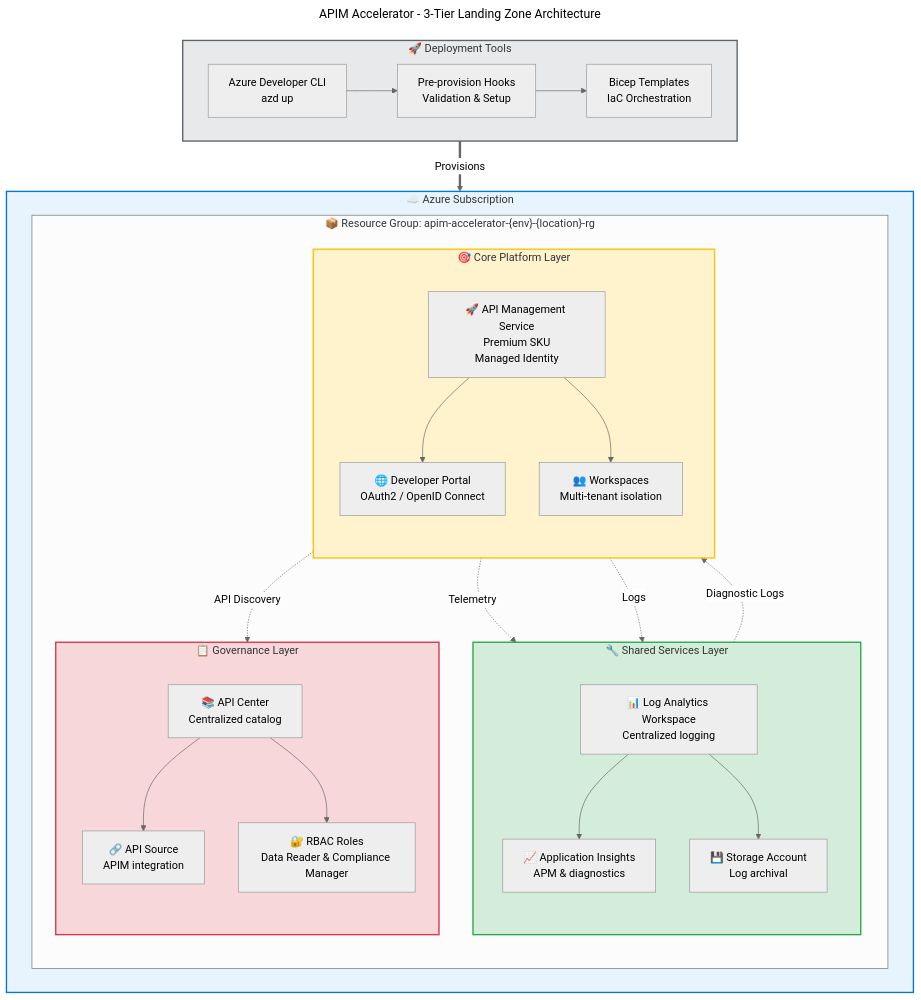
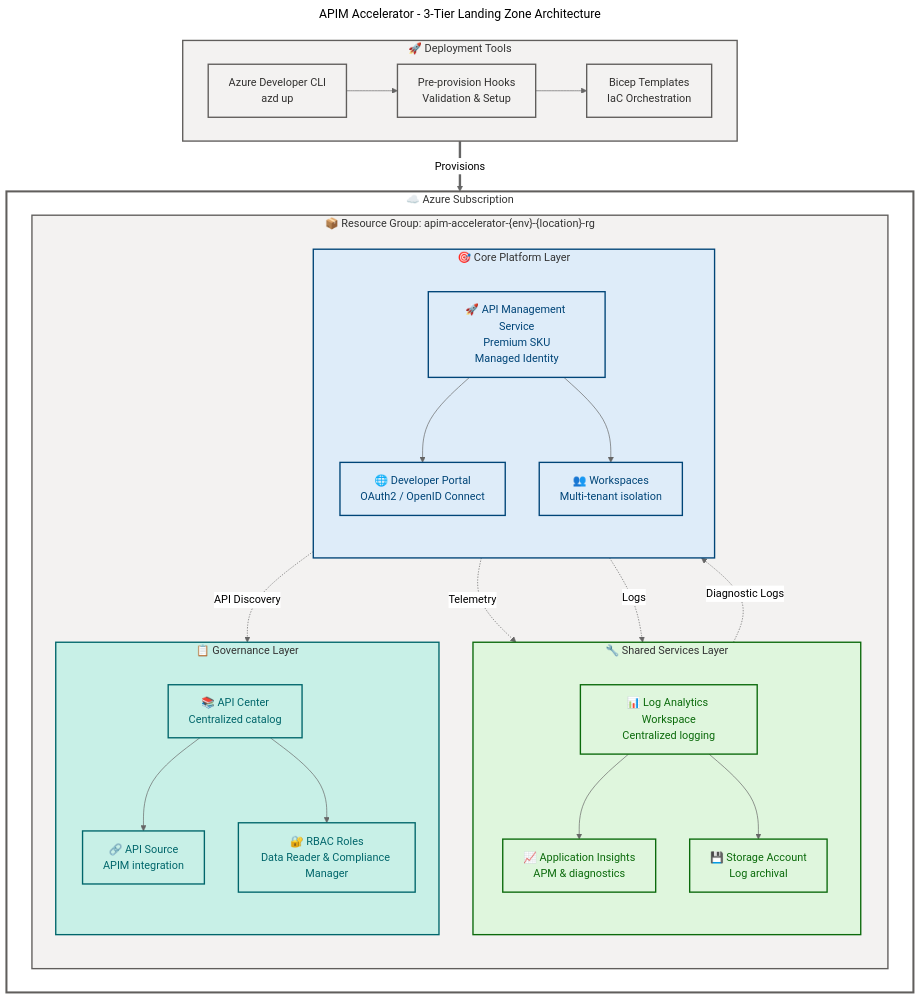
One commit to Evilazaro/APIM-Accelerator changed the diagram in README.md. Above: the diagram before and after it, drawn with Mermaid (neutral theme).

Commit message:
Enhance README.md with detailed flowchart and styling for 3-tier landing zone architecture, improving visual clarity and compliance with governance standards.

````diff
--- a/README.md
+++ b/README.md
@@ -28,58 +28,80 @@
 ```mermaid
 ---
 title: "APIM Accelerator - 3-Tier Landing Zone Architecture"
 ---
 flowchart TB
+    accTitle: APIM Accelerator Architecture
+    accDescr: Shows 3-tier landing zone architecture with shared services, core APIM platform, governance layer, and deployment tools with Azure subscription organization
+
+    %% ═══════════════════════════════════════════════════════════════════════════
+    %% AZURE / FLUENT ARCHITECTURE PATTERN v1.1
+    %% (Semantic + Structural + Font + Accessibility Governance)
+    %% ═══════════════════════════════════════════════════════════════════════════
+    %% Hierarchical: #FFFFFF (L1) → #F3F2F1 (L2) for container nesting
+    %% Semantic: Green=#DFF6DD (Monitoring), Blue=#DEECF9 (Core Platform),
+    %%           Teal=#C8F0E7 (Governance), Grey=#F3F2F1 (Deployment Tools)
+    %% Font Governance: Dark text on light backgrounds for WCAG AA
+    %%   - Blue #DEECF9 → #004578 | Green #DFF6DD → #0B6A0B | Teal #C8F0E7 → #323130
+    %% ═══════════════════════════════════════════════════════════════════════════
+
     subgraph azure["☁️ Azure Subscription"]
         subgraph rg["📦 Resource Group: apim-accelerator-{env}-{location}-rg"]
 
             subgraph shared["🔧 Shared Services Layer"]
                 direction TB
-                law["📊 Log Analytics Workspace<br/>Centralized logging"]
-                ai["📈 Application Insights<br/>APM & diagnostics"]
-                sa["💾 Storage Account<br/>Log archival"]
+                law["📊 Log Analytics Workspace<br/>Centralized logging"]:::azureGreen
+                ai["📈 Application Insights<br/>APM & diagnostics"]:::azureGreen
+                sa["💾 Storage Account<br/>Log archival"]:::azureGreen
                 law --> ai
                 law --> sa
             end
 
             subgraph core["🎯 Core Platform Layer"]
                 direction TB
-                apim["🚀 API Management Service<br/>Premium SKU<br/>Managed Identity"]
-                portal["🌐 Developer Portal<br/>OAuth2 / OpenID Connect"]
-                ws["👥 Workspaces<br/>Multi-tenant isolation"]
+                apim["🚀 API Management Service<br/>Premium SKU<br/>Managed Identity"]:::azureBlue
+                portal["🌐 Developer Portal<br/>OAuth2 / OpenID Connect"]:::azureBlue
+                ws["👥 Workspaces<br/>Multi-tenant isolation"]:::azureBlue
                 apim --> portal
                 apim --> ws
             end
 
             subgraph inventory["📋 Governance Layer"]
                 direction TB
-                apic["📚 API Center<br/>Centralized catalog"]
-                apis["🔗 API Source<br/>APIM integration"]
-                rbac["🔐 RBAC Roles<br/>Data Reader & Compliance Manager"]
+                apic["📚 API Center<br/>Centralized catalog"]:::azureTeal
+                apis["🔗 API Source<br/>APIM integration"]:::azureTeal
+                rbac["🔐 RBAC Roles<br/>Data Reader & Compliance Manager"]:::azureTeal
                 apic --> apis
                 apic --> rbac
             end
 
             shared -.->|Diagnostic Logs| core
             core -.->|API Discovery| inventory
             core -.->|Telemetry| ai
             core -.->|Logs| law
         end
     end
 
     subgraph deployment["🚀 Deployment Tools"]
-        azd["Azure Developer CLI<br/>azd up"]
-        bicep["Bicep Templates<br/>IaC Orchestration"]
-        hooks["Pre-provision Hooks<br/>Validation & Setup"]
+        azd["Azure Developer CLI<br/>azd up"]:::neutralGrey
+        bicep["Bicep Templates<br/>IaC Orchestration"]:::neutralGrey
+        hooks["Pre-provision Hooks<br/>Validation & Setup"]:::neutralGrey
         azd --> hooks
         hooks --> bicep
     end
 
     deployment ==>|Provisions| azure
 
-    style azure fill:#E8F4FD,stroke:#0078D4,stroke-width:2px
-    style shared fill:#D4EDDA,stroke:#28A745,stroke-width:2px
-    style core fill:#FFF3CD,stroke:#FFC107,stroke-width:2px
-    style inventory fill:#F8D7DA,stroke:#DC3545,stroke-width:2px
-    style deployment fill:#E7E9EB,stroke:#5C636A,stroke-width:2px
+    %% SUBGRAPH STYLING (5 subgraphs = 5 style directives - MRM-S001 compliant)
+    style azure fill:#FFFFFF,stroke:#605E5C,stroke-width:3px
+    style rg fill:#F3F2F1,stroke:#605E5C,stroke-width:2px
+    style shared fill:#DFF6DD,stroke:#0B6A0B,stroke-width:2px
+    style core fill:#DEECF9,stroke:#004578,stroke-width:2px
+    style inventory fill:#C8F0E7,stroke:#00666B,stroke-width:2px
+    style deployment fill:#F3F2F1,stroke:#605E5C,stroke-width:2px
+
+    %% CLASSDEF DECLARATIONS (Azure/Fluent UI v1.1 - 100-level fills for WCAG AA)
+    classDef azureBlue fill:#DEECF9,stroke:#004578,stroke-width:2px,color:#004578
+    classDef azureGreen fill:#DFF6DD,stroke:#0B6A0B,stroke-width:2px,color:#0B6A0B
+    classDef azureTeal fill:#C8F0E7,stroke:#00666B,stroke-width:2px,color:#00666B
+    classDef neutralGrey fill:#F3F2F1,stroke:#605E5C,stroke-width:2px,color:#323130
 ```
````
